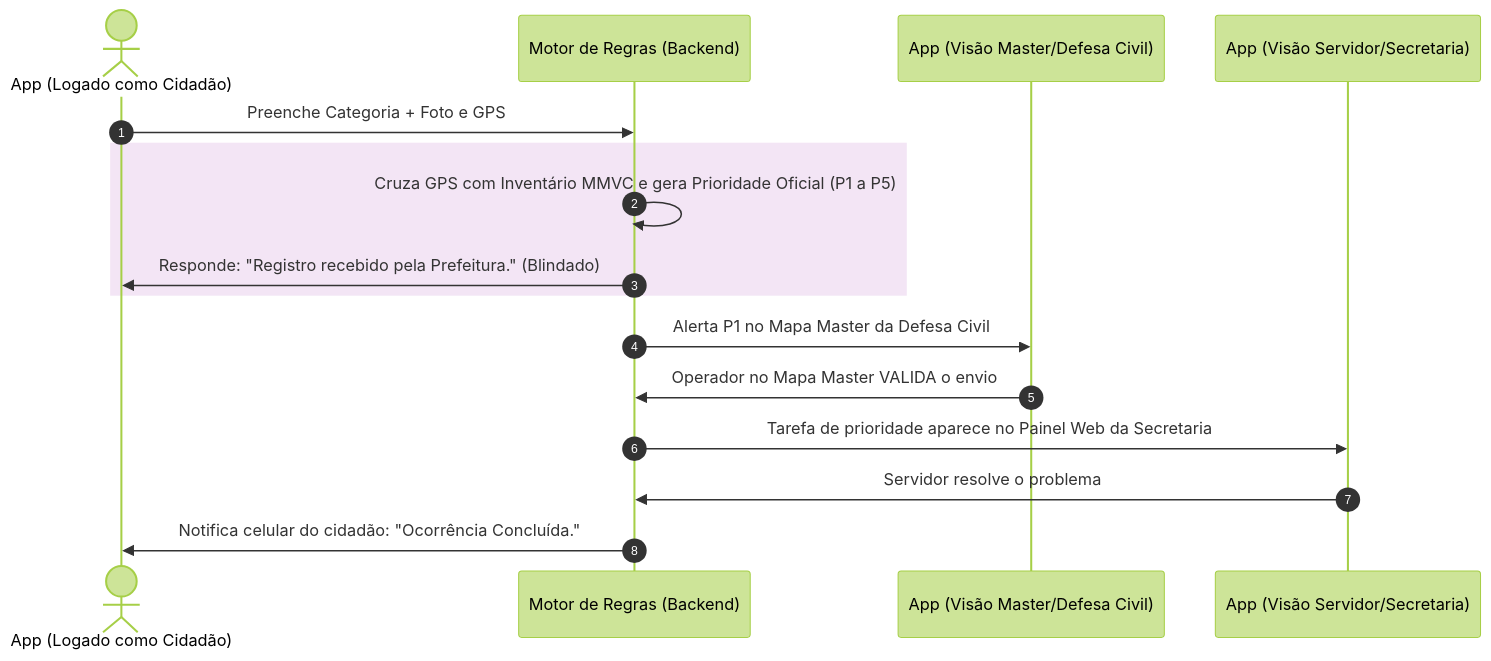
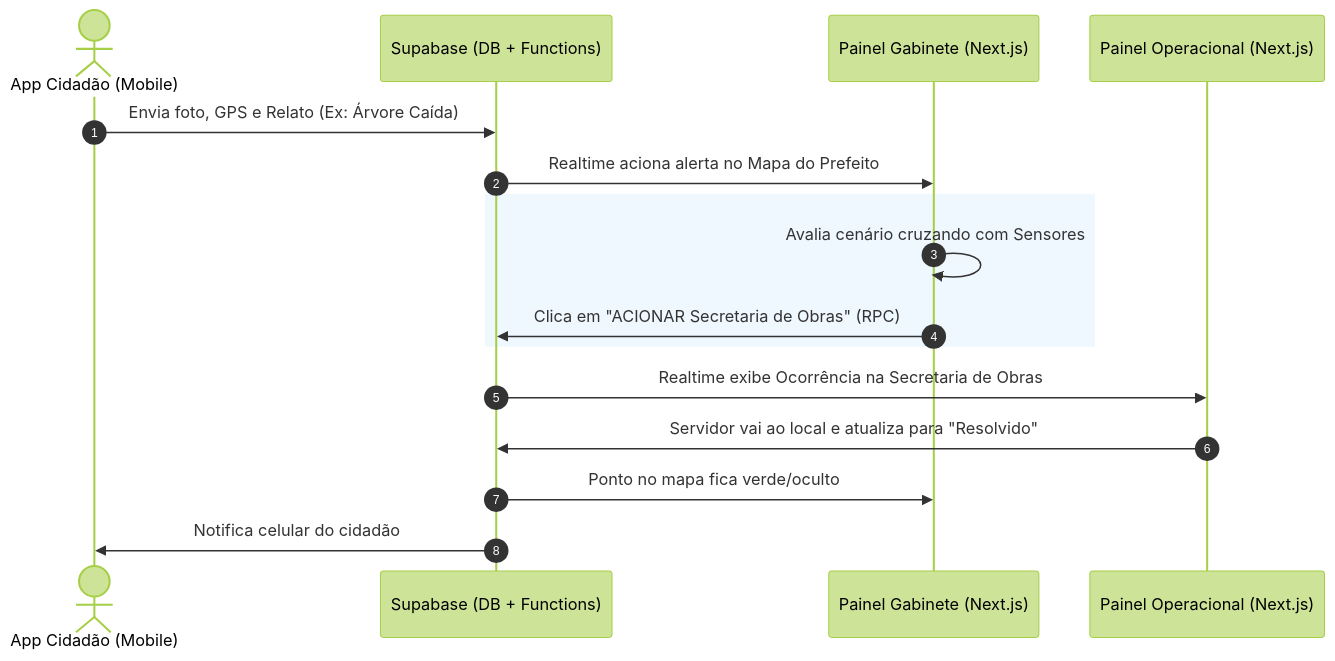
One commit to sustentabilidademacacu-code/Sistema_Integrado changed the diagram in Data/Documento_Arquitetura.md. Above: the diagram before and after it, drawn with Mermaid (forest theme). The commit also changed other lines of this file and 155 other files, not shown here.

````diff
--- a/Data/Documento_Arquitetura.md
+++ b/Data/Documento_Arquitetura.md
@@ -126,23 +41,22 @@
 ```mermaid
 sequenceDiagram
     autonumber
-    actor POP as App (Logado como Cidadão)
-    participant SYS as Motor de Regras (Backend)
-    participant DC as App (Visão Master/Defesa Civil)
-    participant SEC as App (Visão Servidor/Secretaria)
+    actor POP as App Cidadão (Mobile)
+    participant API as Supabase (DB + Functions)
+    participant GAB as Painel Gabinete (Next.js)
+    participant SEC as Painel Operacional (Next.js)
 
-    POP->>SYS: Preenche Categoria + Foto e GPS
+    POP->>API: Envia foto, GPS e Relato (Ex: Árvore Caída)
+    API->>GAB: Realtime aciona alerta no Mapa do Prefeito
     
-    rect rgb(243, 229, 245)
-    SYS->>SYS: Cruza GPS com Inventário MMVC e gera Prioridade Oficial (P1 a P5)
-    SYS->>POP: Responde: "Registro recebido pela Prefeitura." (Blindado)
+    rect rgb(240, 248, 255)
+    GAB->>GAB: Avalia cenário cruzando com Sensores
+    GAB->>API: Clica em "ACIONAR Secretaria de Obras" (RPC)
     end
     
-    SYS->>DC: Alerta P1 no Mapa Master da Defesa Civil
-    DC->>SYS: Operador no Mapa Master VALIDA o envio
+    API->>SEC: Realtime exibe Ocorrência na Secretaria de Obras
+    SEC->>API: Servidor vai ao local e atualiza para "Resolvido"
     
-    SYS->>SEC: Tarefa de prioridade aparece no Painel Web da Secretaria
-    SEC->>SYS: Servidor resolve o problema
-    
-    SYS->>POP: Notifica celular do cidadão: "Ocorrência Concluída."
+    API->>GAB: Ponto no mapa fica verde/oculto
+    API->>POP: Notifica celular do cidadão
 ```
````
